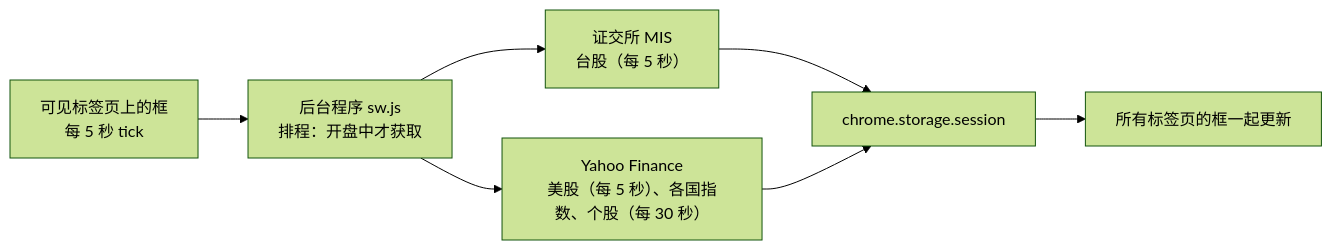
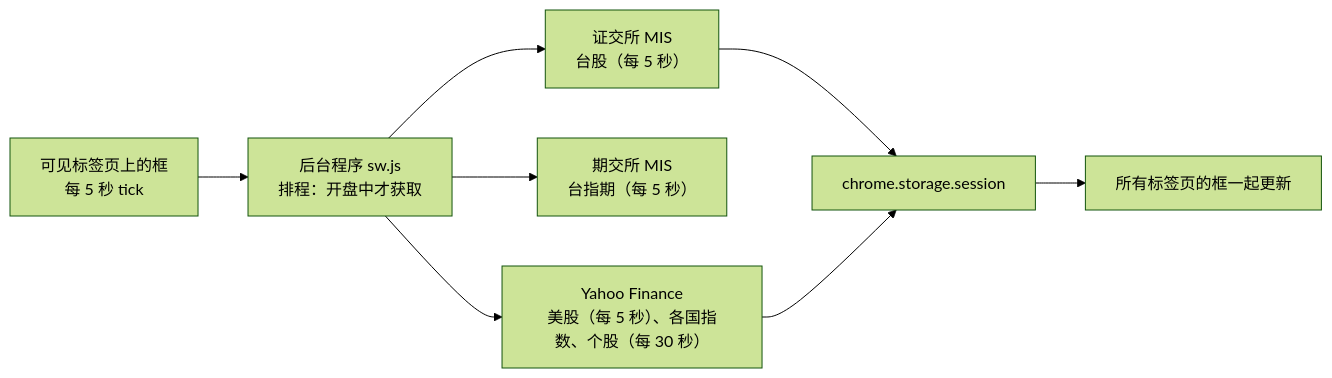
One commit to Ashur5457/PeekaStock changed the diagram in README.zh-Hans.md. Above: the diagram before and after it, drawn with Mermaid (forest theme). The commit also changed other lines of this file and 15 other files, not shown here.

````diff
--- a/README.zh-Hans.md
+++ b/README.zh-Hans.md
@@ -65,9 +67,10 @@
 ```mermaid
 flowchart LR
   BOX["可见标签页上的框<br/>每 5 秒 tick"] --> SW["后台程序 sw.js<br/>排程：开盘中才获取"]
   SW --> MIS["证交所 MIS<br/>台股（每 5 秒）"]
+  SW --> TF["期交所 MIS<br/>台指期（每 5 秒）"]
   SW --> YF["Yahoo Finance<br/>美股（每 5 秒）、各国指数、个股（每 30 秒）"]
   MIS --> ST["chrome.storage.session"]
   YF --> ST
   ST --> ALL["所有标签页的框一起更新"]
 ```
````
